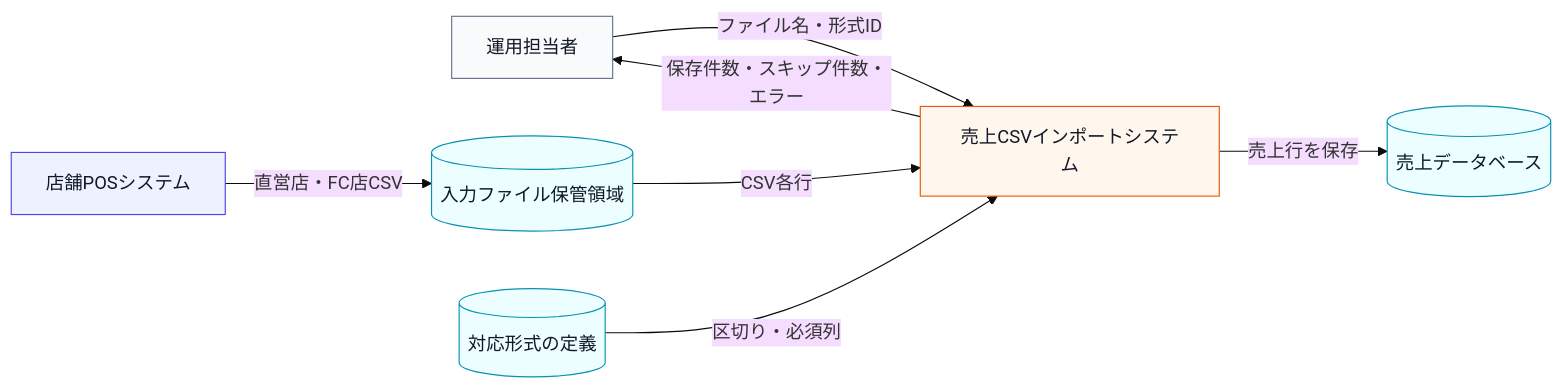
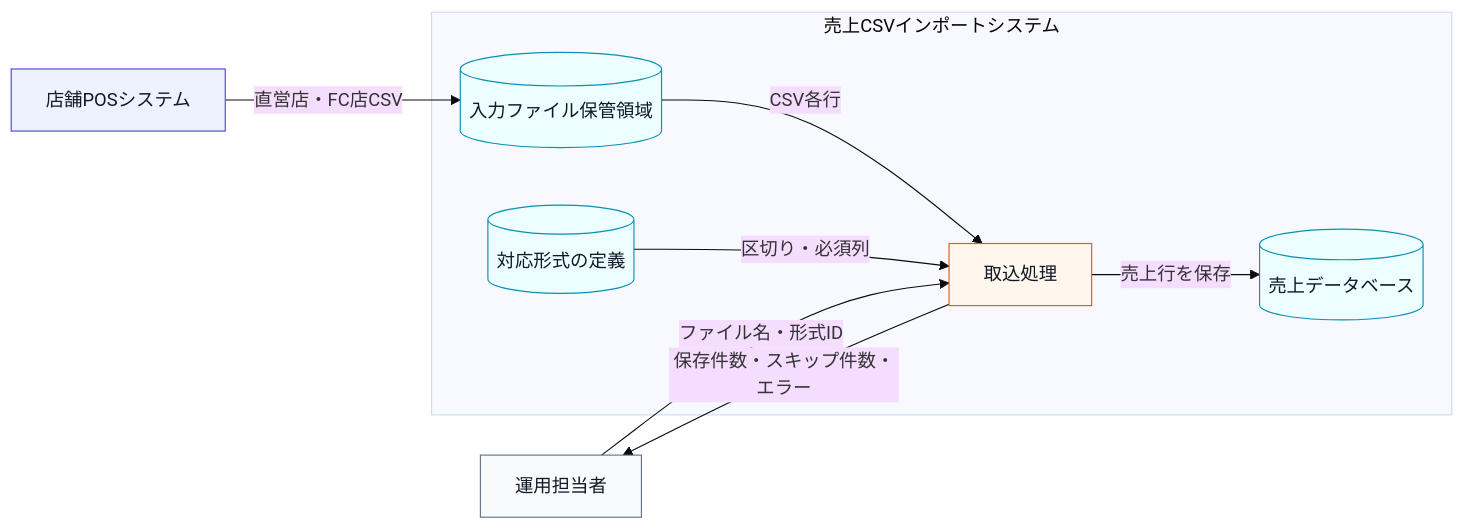
The first of 14 diagrams in kindle/design-patterns/output/chapter04.md (kumachan1101-pixel/DesignPattern), drawn with Mermaid (base theme) before and after one commit. The commit also changed other lines of this file and 13 other files, not shown here.

````diff
--- a/kindle/design-patterns/output/chapter04.md
+++ b/kindle/design-patterns/output/chapter04.md
@@ -57,18 +59,26 @@
 ```mermaid
 flowchart LR
-    U["運用担当者"] -->|"ファイル名・形式ID"| S["売上CSVインポートシステム"]
-    P["店舗POSシステム"] -->|"直営店・FC店CSV"| F[("入力ファイル保管領域")]
-    F -->|"CSV各行"| S
-    C[("対応形式の定義")] -->|"区切り・必須列"| S
-    S -->|"売上行を保存"| D[("売上データベース")]
+    U["運用担当者"] -->|"ファイル名・形式ID"| S
+    P["店舗POSシステム"] -->|"直営店・FC店CSV"| F
+
+    subgraph IMPORT["売上CSVインポートシステム"]
+        S["取込処理"]
+        F[("入力ファイル保管領域")]
+        C[("対応形式の定義")]
+        D[("売上データベース")]
+        F -->|"CSV各行"| S
+        C -->|"区切り・必須列"| S
+        S -->|"売上行を保存"| D
+    end
+
     S -->|"保存件数・スキップ件数・エラー"| U
 
     classDef actor fill:#f8fafc,stroke:#64748b,color:#111827;
     classDef system fill:#fff7ed,stroke:#ea580c,color:#111827;
     classDef data fill:#ecfeff,stroke:#0891b2,color:#111827;
     classDef boundary fill:#eef2ff,stroke:#4f46e5,color:#111827;
     class U actor;
     class S system;
     class F,C,D data;
     class P boundary;
 ```
````
